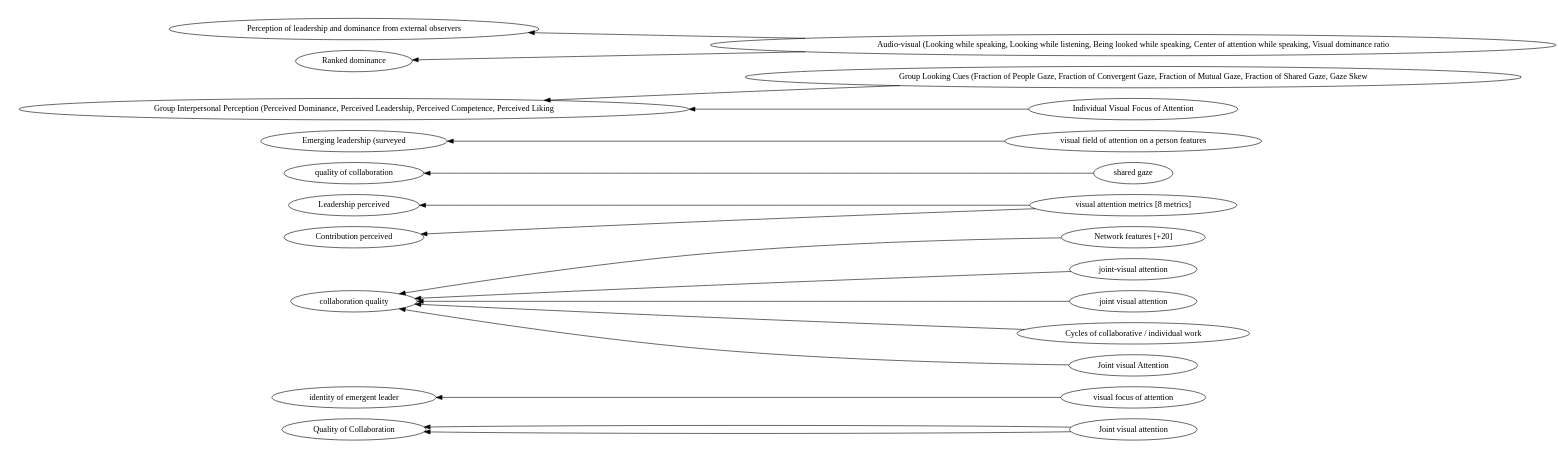
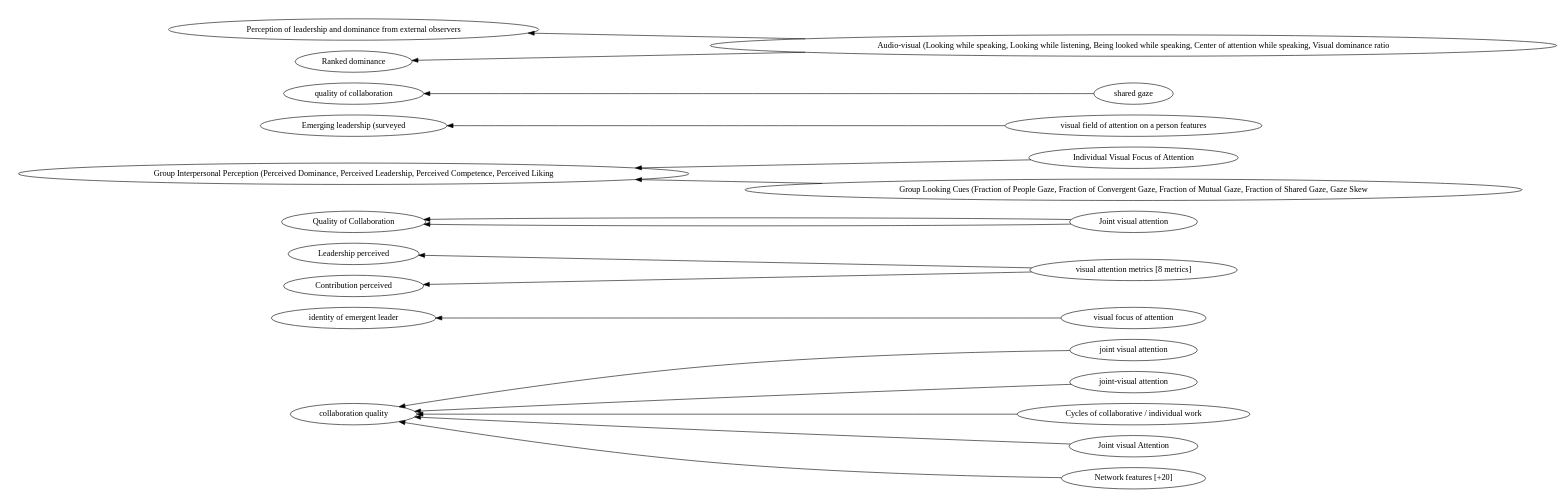
One commit to hgse-schneider/mmca changed the diagram in graphviz/Gaze -> interpersonal.gv. Above: the diagram before and after it, drawn with Graphviz. The commit also changed 46 other files, not shown here.

```diff
--- a/graphviz/Gaze -> interpersonal.gv
+++ b/graphviz/Gaze -> interpersonal.gv
@@ -1,40 +1,40 @@
 digraph Test {
 	rankdir=RL
 	size="10,10"
 	overlap=false
 	splines=true
-	{rank=same; "Joint visual attention" "visual focus of attention" "Network features [+20]" "visual attention metrics [8 metrics]" "shared gaze" "joint-visual attention" "visual field of attention on a person features" "joint visual attention" "Group Looking Cues (Fraction of People Gaze, Fraction of Convergent Gaze, Fraction of Mutual Gaze, Fraction of Shared Gaze, Gaze Skew" "Individual Visual Focus of Attention" "Cycles of collaborative / individual work" "Joint visual Attention" "Audio-visual (Looking while speaking, Looking while listening, Being looked while speaking, Center of attention while speaking, Visual dominance ratio";}
-	{rank=same; "Quality of Collaboration" "Perception of leadership and dominance from external observers" "Group Interpersonal Perception (Perceived Dominance, Perceived Leadership, Perceived Competence, Perceived Liking" "identity of emergent leader" "quality of collaboration" "Leadership perceived" "Emerging leadership (surveyed" "collaboration quality" "Ranked dominance" "Contribution perceived";}
-	"visual attention metrics [8 metrics]" [href="https://scholar.google.com/scholar?hl=en&q=A%20Multimodal-Sensor-Enabled%20Room%20for%20Unobtrusive%20Group%20Meeting%20Analysis"]
+	{rank=same; "joint visual attention" "visual focus of attention" "joint-visual attention" "visual attention metrics [8 metrics]" "Cycles of collaborative / individual work" "Joint visual attention" "Individual Visual Focus of Attention" "visual field of attention on a person features" "shared gaze" "Joint visual Attention" "Network features [+20]" "Group Looking Cues (Fraction of People Gaze, Fraction of Convergent Gaze, Fraction of Mutual Gaze, Fraction of Shared Gaze, Gaze Skew" "Audio-visual (Looking while speaking, Looking while listening, Being looked while speaking, Center of attention while speaking, Visual dominance ratio";}
+	{rank=same; "quality of collaboration" "Perception of leadership and dominance from external observers" "Ranked dominance" "identity of emergent leader" "Quality of Collaboration" "collaboration quality" "Leadership perceived" "Group Interpersonal Perception (Perceived Dominance, Perceived Leadership, Perceived Competence, Perceived Liking" "Emerging leadership (surveyed" "Contribution perceived";}
+	"visual attention metrics [8 metrics]" [href="https://scholar.google.com/scholar?hl=en&q=A%20Multimodal-Sensor-Enabled%20Room%20for%20Unobtrusive%20Group%20Meeting%20Analysis" target=_blank]
 	"visual attention metrics [8 metrics]" -> "Leadership perceived"
-	"visual attention metrics [8 metrics]" [href="https://scholar.google.com/scholar?hl=en&q=A%20Multimodal-Sensor-Enabled%20Room%20for%20Unobtrusive%20Group%20Meeting%20Analysis"]
+	"visual attention metrics [8 metrics]" [href="https://scholar.google.com/scholar?hl=en&q=A%20Multimodal-Sensor-Enabled%20Room%20for%20Unobtrusive%20Group%20Meeting%20Analysis" target=_blank]
 	"visual attention metrics [8 metrics]" -> "Contribution perceived"
-	"Individual Visual Focus of Attention" [href="https://scholar.google.com/scholar?hl=en&q=Linking%20Speaking%20and%20Looking%20Behavior%20Patterns%20with%20Group%20Composition,%20Perception,%20and%20Performance"]
+	"Individual Visual Focus of Attention" [href="https://scholar.google.com/scholar?hl=en&q=Linking%20Speaking%20and%20Looking%20Behavior%20Patterns%20with%20Group%20Composition,%20Perception,%20and%20Performance" target=_blank]
 	"Individual Visual Focus of Attention" -> "Group Interpersonal Perception (Perceived Dominance, Perceived Leadership, Perceived Competence, Perceived Liking"
-	"Group Looking Cues (Fraction of People Gaze, Fraction of Convergent Gaze, Fraction of Mutual Gaze, Fraction of Shared Gaze, Gaze Skew" [href="https://scholar.google.com/scholar?hl=en&q=Linking%20Speaking%20and%20Looking%20Behavior%20Patterns%20with%20Group%20Composition,%20Perception,%20and%20Performance"]
+	"Group Looking Cues (Fraction of People Gaze, Fraction of Convergent Gaze, Fraction of Mutual Gaze, Fraction of Shared Gaze, Gaze Skew" [href="https://scholar.google.com/scholar?hl=en&q=Linking%20Speaking%20and%20Looking%20Behavior%20Patterns%20with%20Group%20Composition,%20Perception,%20and%20Performance" target=_blank]
 	"Group Looking Cues (Fraction of People Gaze, Fraction of Convergent Gaze, Fraction of Mutual Gaze, Fraction of Shared Gaze, Gaze Skew" -> "Group Interpersonal Perception (Perceived Dominance, Perceived Leadership, Perceived Competence, Perceived Liking"
-	"Audio-visual (Looking while speaking, Looking while listening, Being looked while speaking, Center of attention while speaking, Visual dominance ratio" [href="https://scholar.google.com/scholar?hl=en&q=Emergent%20leaders%20through%20looking%20and%20speaking:%20from%20audio-visual%20data%20to%20multimodal%20recognition"]
+	"Audio-visual (Looking while speaking, Looking while listening, Being looked while speaking, Center of attention while speaking, Visual dominance ratio" [href="https://scholar.google.com/scholar?hl=en&q=Emergent%20leaders%20through%20looking%20and%20speaking:%20from%20audio-visual%20data%20to%20multimodal%20recognition" target=_blank]
 	"Audio-visual (Looking while speaking, Looking while listening, Being looked while speaking, Center of attention while speaking, Visual dominance ratio" -> "Perception of leadership and dominance from external observers"
-	"Audio-visual (Looking while speaking, Looking while listening, Being looked while speaking, Center of attention while speaking, Visual dominance ratio" [href="https://scholar.google.com/scholar?hl=en&q=Emergent%20leaders%20through%20looking%20and%20speaking:%20from%20audio-visual%20data%20to%20multimodal%20recognition"]
+	"Audio-visual (Looking while speaking, Looking while listening, Being looked while speaking, Center of attention while speaking, Visual dominance ratio" [href="https://scholar.google.com/scholar?hl=en&q=Emergent%20leaders%20through%20looking%20and%20speaking:%20from%20audio-visual%20data%20to%20multimodal%20recognition" target=_blank]
 	"Audio-visual (Looking while speaking, Looking while listening, Being looked while speaking, Center of attention while speaking, Visual dominance ratio" -> "Ranked dominance"
-	"visual focus of attention" [href="https://scholar.google.com/scholar?hl=en&q=Real-time%20mutual%20gaze%20perception"]
+	"visual focus of attention" [href="https://scholar.google.com/scholar?hl=en&q=Real-time%20mutual%20gaze%20perception" target=_blank]
 	"visual focus of attention" -> "identity of emergent leader"
-	"visual field of attention on a person features" [href="https://scholar.google.com/scholar?hl=en&q=Detecting%20Emergent%20Leader%20in%20a%20Meeting%20Environment"]
+	"visual field of attention on a person features" [href="https://scholar.google.com/scholar?hl=en&q=Detecting%20Emergent%20Leader%20in%20a%20Meeting%20Environment" target=_blank]
 	"visual field of attention on a person features" -> "Emerging leadership (surveyed"
-	"Joint visual attention" [href="https://scholar.google.com/scholar?hl=en&q=Using%20Eye-Tracking%20Technology%20to%20Support%20Visual%20Coordination%20in%20Collaborative%20Problem-Solving%20Groups"]
+	"Joint visual attention" [href="https://scholar.google.com/scholar?hl=en&q=Using%20Eye-Tracking%20Technology%20to%20Support%20Visual%20Coordination%20in%20Collaborative%20Problem-Solving%20Groups" target=_blank]
 	"Joint visual attention" -> "Quality of Collaboration"
-	"Joint visual attention" [href="https://scholar.google.com/scholar?hl=en&q=The%20Effect%20of%20Mutual%20Gaze%20Perception%20on%20Students’%20Verbal%20Coordination"]
+	"Joint visual attention" [href="https://scholar.google.com/scholar?hl=en&q=The%20Effect%20of%20Mutual%20Gaze%20Perception%20on%20Students’%20Verbal%20Coordination" target=_blank]
 	"Joint visual attention" -> "Quality of Collaboration"
-	"Joint visual Attention" [href="https://scholar.google.com/scholar?hl=en&q=Leveraging%20Mobile%20Eye-Trackers%20to%20Capture%20Joint%20Visual%20Attention%20in%20Co-Located%20Collaborative%20Learning"]
+	"Joint visual Attention" [href="https://scholar.google.com/scholar?hl=en&q=Leveraging%20Mobile%20Eye-Trackers%20to%20Capture%20Joint%20Visual%20Attention%20in%20Co-Located%20Collaborative%20Learning" target=_blank]
 	"Joint visual Attention" -> "collaboration quality"
-	"Cycles of collaborative / individual work" [href="https://scholar.google.com/scholar?hl=en&q=Leveraging%20Mobile%20Eye-Trackers%20to%20Capture%20Joint%20Visual%20Attention%20in%20Co-Located%20Collaborative%20Learning"]
+	"Cycles of collaborative / individual work" [href="https://scholar.google.com/scholar?hl=en&q=Leveraging%20Mobile%20Eye-Trackers%20to%20Capture%20Joint%20Visual%20Attention%20in%20Co-Located%20Collaborative%20Learning" target=_blank]
 	"Cycles of collaborative / individual work" -> "collaboration quality"
-	"Network features [+20]" [href="https://scholar.google.com/scholar?hl=en&q=Toward%20Collaboration%20Sensing"]
+	"Network features [+20]" [href="https://scholar.google.com/scholar?hl=en&q=Toward%20Collaboration%20Sensing" target=_blank]
 	"Network features [+20]" -> "collaboration quality"
-	"joint-visual attention" [href="https://scholar.google.com/scholar?hl=en&q=Unpacking%20Collaborative%20Learning%20Processes%20during%20Hands-on%20Activities%20using%20Mobile%20Eye-Trackers"]
+	"joint-visual attention" [href="https://scholar.google.com/scholar?hl=en&q=Unpacking%20Collaborative%20Learning%20Processes%20during%20Hands-on%20Activities%20using%20Mobile%20Eye-Trackers" target=_blank]
 	"joint-visual attention" -> "collaboration quality"
-	"joint visual attention" [href="https://scholar.google.com/scholar?hl=en&q=3D%20Tangibles%20Facilitate%20Joint%20Visual%20Attention%20in%20Dyads"]
+	"joint visual attention" [href="https://scholar.google.com/scholar?hl=en&q=3D%20Tangibles%20Facilitate%20Joint%20Visual%20Attention%20in%20Dyads" target=_blank]
 	"joint visual attention" -> "collaboration quality"
-	"shared gaze" [href="https://scholar.google.com/scholar?hl=en&q=Effects%20of%20Shared%20Gaze%20on%20Audio-%20Versus%20Text-Based%20Remote%20Collaborations"]
+	"shared gaze" [href="https://scholar.google.com/scholar?hl=en&q=Effects%20of%20Shared%20Gaze%20on%20Audio-%20Versus%20Text-Based%20Remote%20Collaborations" target=_blank]
 	"shared gaze" -> "quality of collaboration"
 }
```
